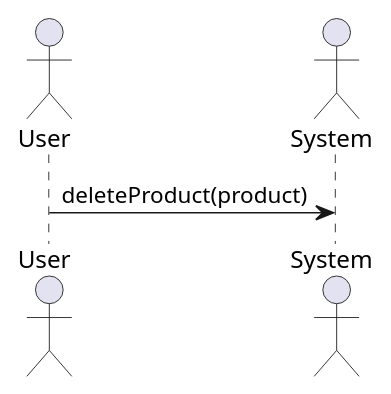
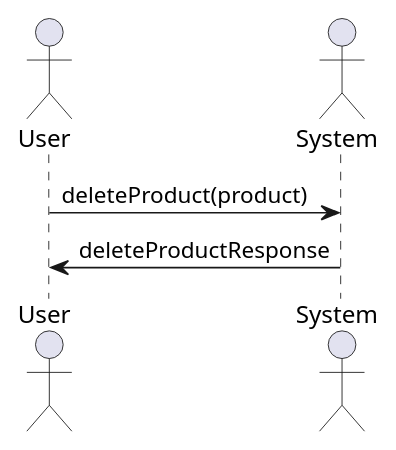
The diagram in src/diagrams_operations/delete_product.wsd (drDeepl/purchased-products-app-nest), drawn with PlantUML before and after one commit. The commit also changed 36 other files, not shown here.

```diff
--- a/src/diagrams_operations/delete_product.wsd
+++ b/src/diagrams_operations/delete_product.wsd
@@ -1,11 +1,12 @@
 @startuml delete_product
 
 skinparam backgroundColor #FFFFFF
 
 
 actor User
 actor System
 
 User -> System: deleteProduct(product)
+System -> User: deleteProductResponse
 
 @enduml
```
